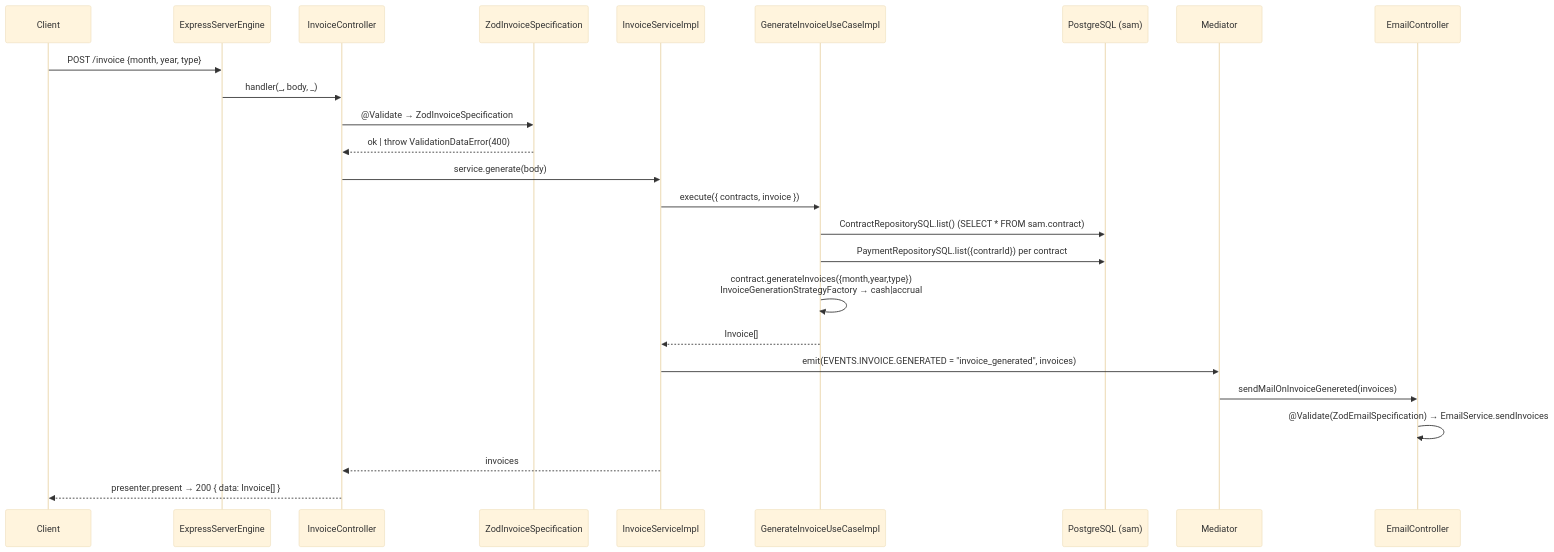
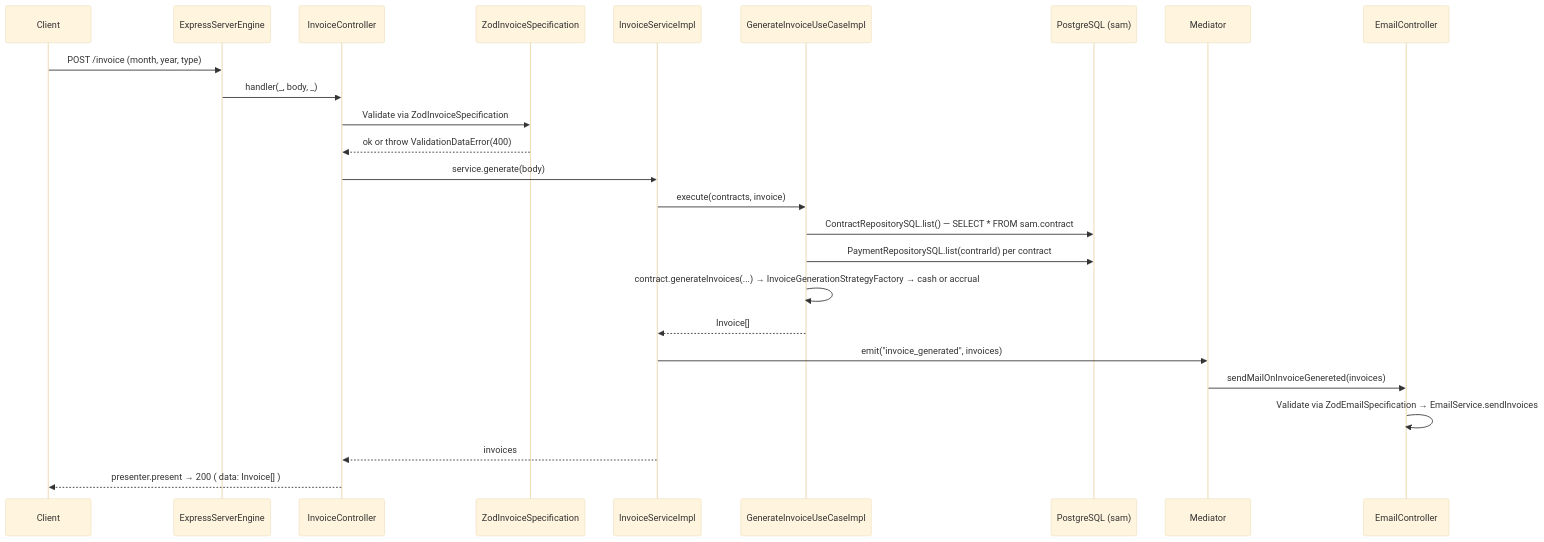
One commit to Samuel-Ricardo/Tax-Invoice-Issuer-FC changed the diagram in docs/analysis/ARCHITECTURE.md. Above: the diagram before and after it, drawn with Mermaid (base theme).

Commit message:
[ :bug: ] | fix: docs - architecture > mermaid github render hardening (@app::docs)

````diff
--- a/docs/analysis/ARCHITECTURE.md
+++ b/docs/analysis/ARCHITECTURE.md
@@ -72,28 +72,28 @@
 ```mermaid
 sequenceDiagram
     participant C as Client
     participant E as ExpressServerEngine
     participant IC as InvoiceController
     participant Z as ZodInvoiceSpecification
     participant S as InvoiceServiceImpl
     participant U as GenerateInvoiceUseCaseImpl
     participant DB as PostgreSQL (sam)
     participant M as Mediator
     participant EC as EmailController
 
-    C->>E: POST /invoice {month, year, type}
+    C->>E: POST /invoice (month, year, type)
     E->>IC: handler(_, body, _)
-    IC->>Z: @Validate → ZodInvoiceSpecification
-    Z-->>IC: ok | throw ValidationDataError(400)
+    IC->>Z: Validate via ZodInvoiceSpecification
+    Z-->>IC: ok or throw ValidationDataError(400)
     IC->>S: service.generate(body)
-    S->>U: execute({ contracts, invoice })
-    U->>DB: ContractRepositorySQL.list() (SELECT * FROM sam.contract)
-    U->>DB: PaymentRepositorySQL.list({contrarId}) per contract
-    U->>U: contract.generateInvoices({month,year,type})<br/>InvoiceGenerationStrategyFactory → cash|accrual
+    S->>U: execute(contracts, invoice)
+    U->>DB: ContractRepositorySQL.list() — SELECT * FROM sam.contract
+    U->>DB: PaymentRepositorySQL.list(contrarId) per contract
+    U->>U: contract.generateInvoices(...) → InvoiceGenerationStrategyFactory → cash or accrual
     U-->>S: Invoice[]
-    S->>M: emit(EVENTS.INVOICE.GENERATED = "invoice_generated", invoices)
+    S->>M: emit("invoice_generated", invoices)
     M->>EC: sendMailOnInvoiceGenereted(invoices)
-    EC->>EC: @Validate(ZodEmailSpecification) → EmailService.sendInvoices
+    EC->>EC: Validate via ZodEmailSpecification → EmailService.sendInvoices
     S-->>IC: invoices
-    IC-->>C: presenter.present → 200 { data: Invoice[] }
+    IC-->>C: presenter.present → 200 ( data: Invoice[] )
 ```
````
